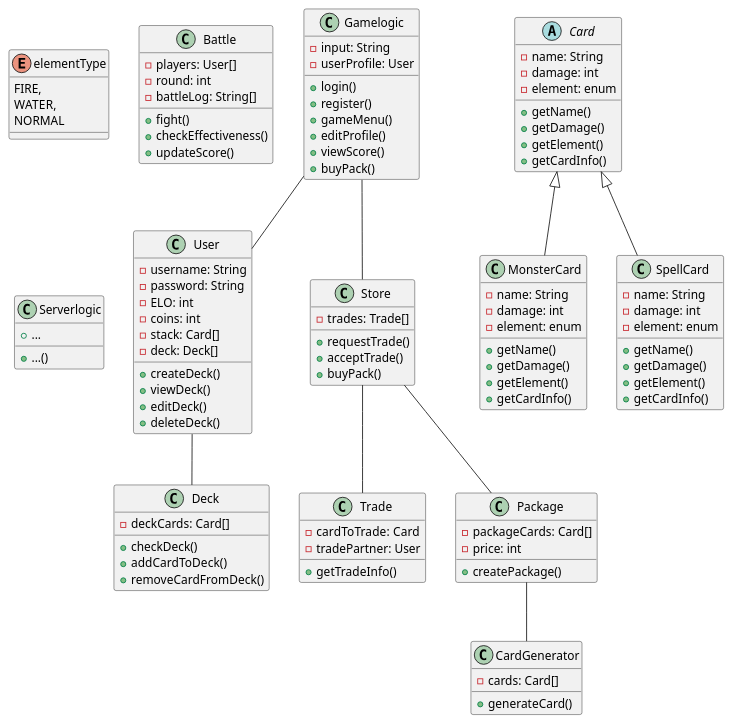
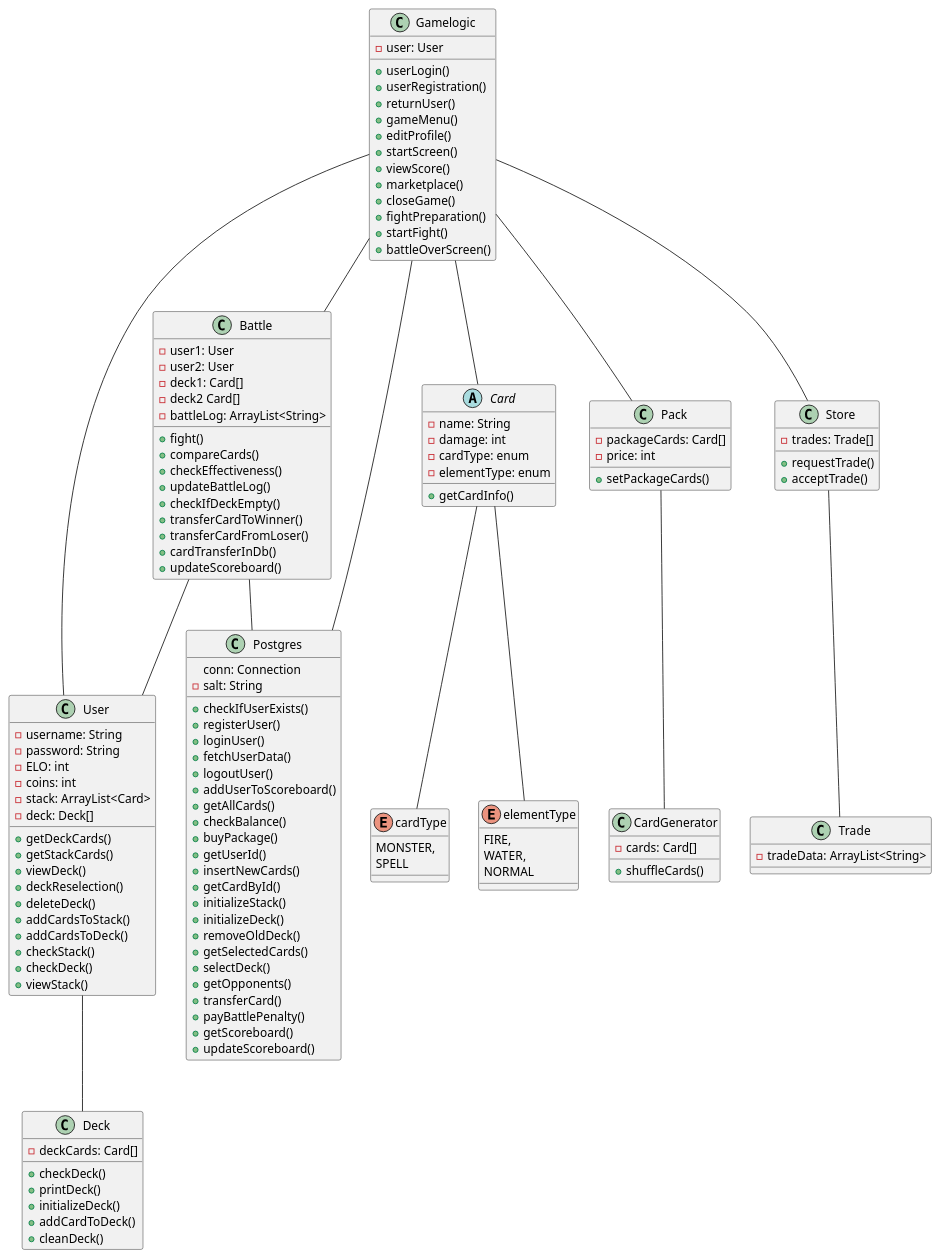
The diagram in mtcg_uml.puml (zpc912/mtcg_swen), drawn with PlantUML before and after one commit. The commit also changed 7 other files, not shown here.

```diff
--- a/mtcg_uml.puml
+++ b/mtcg_uml.puml
@@ -1,159 +1,182 @@
 @startuml
 'https://plantuml.com/class-diagram
 
 class User
-abstract class Card
-enum elementType
-class MonsterCard
-class SpellCard
+class Card
 class CardGenerator
 class Trade
-class Package
+class Pack
 class Deck
 class Store
 class Battle
 class Gamelogic
-class Serverlogic
+class Postgres
+enum cardType
+enum elementType
 
 
 class User {
     - username: String
     - password: String
     - ELO: int
     - coins: int
-    - stack: Card[]
+    - stack: ArrayList<Card>
     - deck: Deck[]
 
-    + createDeck()
+    + getDeckCards()
+    + getStackCards()
     + viewDeck()
-    + editDeck()
+    + deckReselection()
     + deleteDeck()
+    + addCardsToStack()
+    + addCardsToDeck()
+    + checkStack()
+    + checkDeck()
+    + viewStack()
 }
 
 
 abstract class Card {
     - name: String
     - damage: int
-    - element: enum
+    - cardType: enum
+    - elementType: enum
 
-    + getName()
-    + getDamage()
-    + getElement()
     + getCardInfo()
 }
 
 
 enum elementType {
     FIRE,
     WATER,
     NORMAL
 }
 
 
-class MonsterCard {
-    - name: String
-    - damage: int
-    - element: enum
-
-    + getName()
-    + getDamage()
-    + getElement()
-    + getCardInfo()
-}
-
-
-class SpellCard {
-    - name: String
-    - damage: int
-    - element: enum
-
-    + getName()
-    + getDamage()
-    + getElement()
-    + getCardInfo()
+enum cardType {
+    MONSTER,
+    SPELL
 }
 
 
 class CardGenerator {
     - cards: Card[]
 
-    + generateCard()
+    + shuffleCards()
 }
 
 
 class Trade {
-    - cardToTrade: Card
-    - tradePartner: User
-
-    + getTradeInfo()
+    - tradeData: ArrayList<String>
 }
 
 
-class Package {
+class Pack {
     - packageCards: Card[]
     - price: int
 
-    + createPackage()
+    + setPackageCards()
 }
 
 
 class Deck {
     - deckCards: Card[]
 
     + checkDeck()
+    + printDeck()
+    + initializeDeck()
     + addCardToDeck()
-    + removeCardFromDeck()
+    + cleanDeck()
 }
 
 
 class Store {
     - trades: Trade[]
 
     + requestTrade()
     + acceptTrade()
-    + buyPack()
 }
 
 
 class Battle {
-    - players: User[]
-    - round: int
-    - battleLog: String[]
+    - user1: User
+    - user2: User
+    - deck1: Card[]
+    - deck2 Card[]
+    - battleLog: ArrayList<String>
 
     + fight()
+    + compareCards()
     + checkEffectiveness()
-    + updateScore()
+    + updateBattleLog()
+    + checkIfDeckEmpty()
+    + transferCardToWinner()
+    + transferCardFromLoser()
+    + cardTransferInDb()
+    + updateScoreboard()
 }
 
 
 class Gamelogic {
-    - input: String
-    - userProfile: User
+    - user: User
 
-    + login()
-    + register()
+    + userLogin()
+    + userRegistration()
+    + returnUser()
     + gameMenu()
     + editProfile()
+    + startScreen()
     + viewScore()
-    + buyPack()
+    + marketplace()
+    + closeGame()
+    + fightPreparation()
+    + startFight()
+    + battleOverScreen()
 }
 
 
-class Serverlogic {
-    + ...
+class Postgres {
+    conn: Connection
+    - salt: String
 
-    + ...()
+    + checkIfUserExists()
+    + registerUser()
+    + loginUser()
+    + fetchUserData()
+    + logoutUser()
+    + addUserToScoreboard()
+    + getAllCards()
+    + checkBalance()
+    + buyPackage()
+    + getUserId()
+    + insertNewCards()
+    + getCardById()
+    + initializeStack()
+    + initializeDeck()
+    + removeOldDeck()
+    + getSelectedCards()
+    + selectDeck()
+    + getOpponents()
+    + transferCard()
+    + payBattlePenalty()
+    + getScoreboard()
+    + updateScoreboard()
 }
 
 
-Card <|-- MonsterCard
-Card <|-- SpellCard
 Gamelogic -- User
 Gamelogic -- Store
+Gamelogic -- Battle
+Gamelogic -- Card
+Gamelogic -- Pack
 User -- Deck
 Store -- Trade
-Store -- Package
-Package -- CardGenerator
+Pack -- CardGenerator
+Battle -- User
+Gamelogic -- Postgres
+Battle -- Postgres
+Card -- elementType
+Card -- cardType
 
 
 @enduml
```
